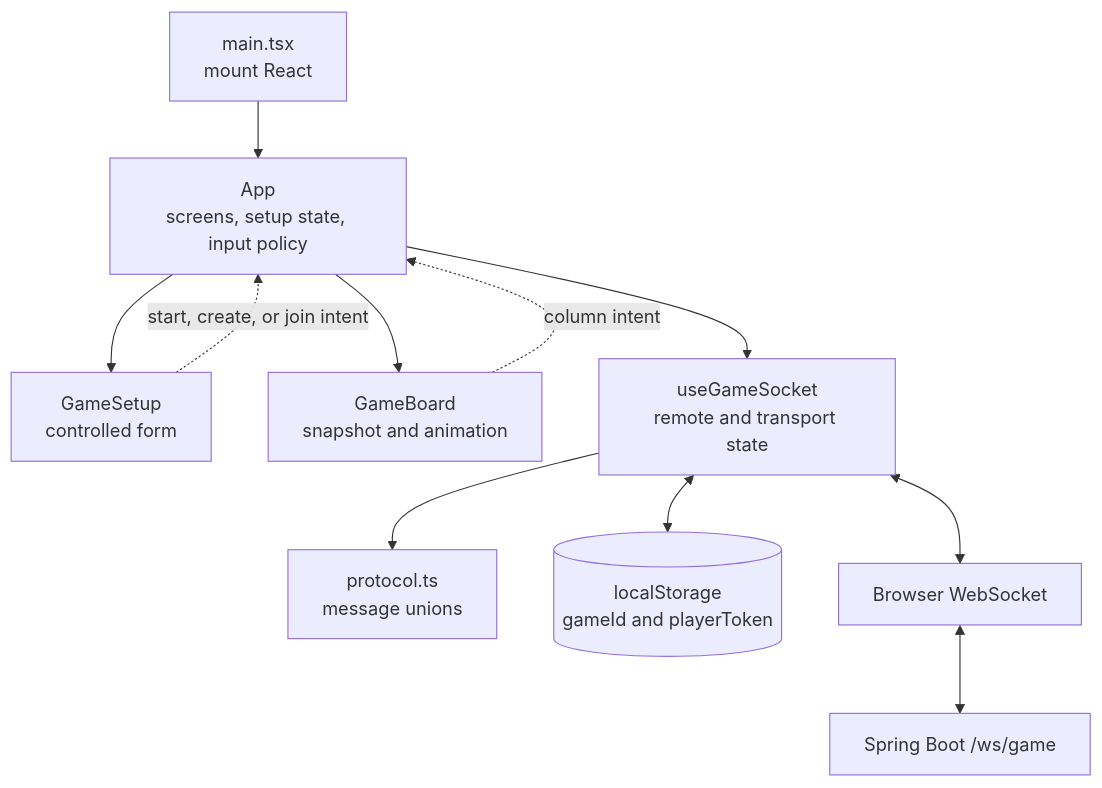
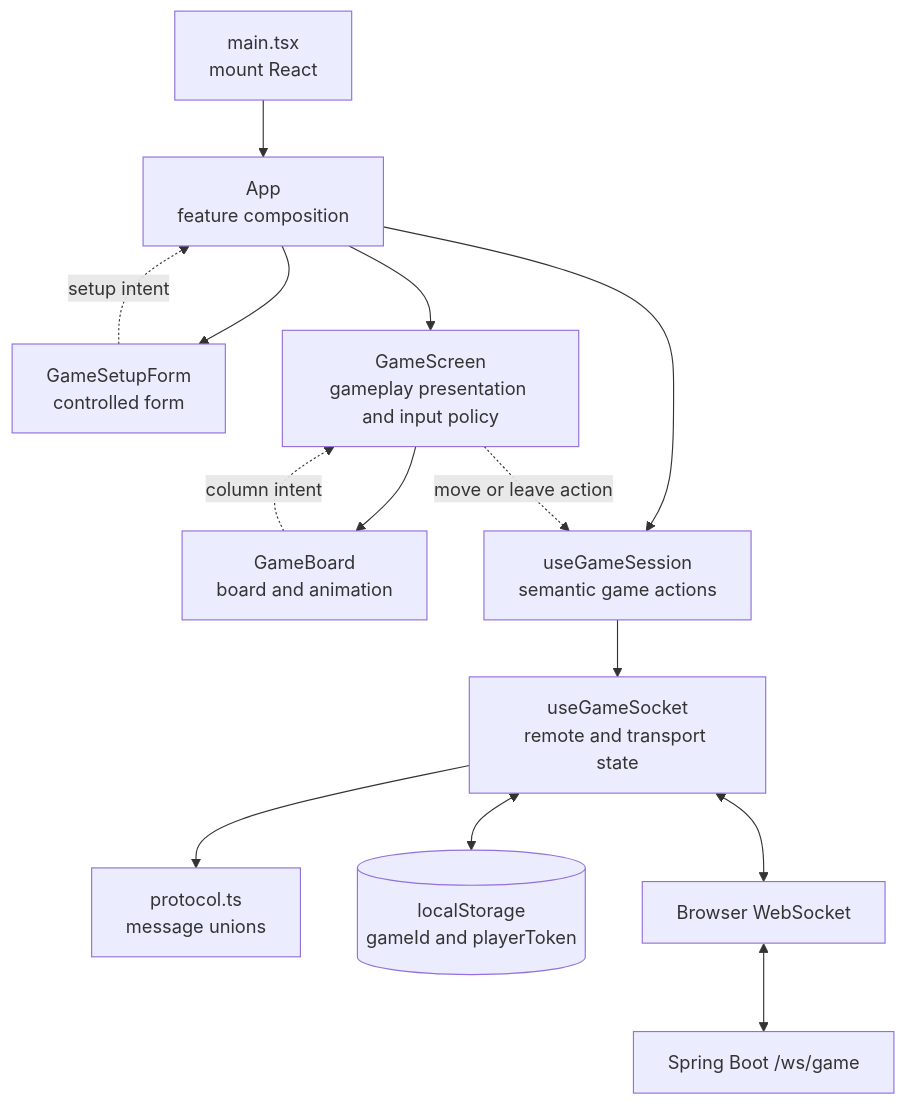
One commit to blam135/Connect-4-Game changed the first of 2 diagrams in docs/frontend-design.md. Above: the diagram before and after it, drawn with Mermaid. The commit also changed other lines of this file and 31 other files, not shown here.

````diff
--- a/docs/frontend-design.md
+++ b/docs/frontend-design.md
@@ -33,23 +39,28 @@
 ```mermaid
 flowchart TB
     Main["main.tsx<br/>mount React"]
-    App["App<br/>screens, setup state, input policy"]
-    Setup["GameSetup<br/>controlled form"]
-    Board["GameBoard<br/>snapshot and animation"]
+    App["App<br/>feature composition"]
+    Setup["GameSetupForm<br/>controlled form"]
+    Screen["GameScreen<br/>gameplay presentation and input policy"]
+    Board["GameBoard<br/>board and animation"]
+    Session["useGameSession<br/>semantic game actions"]
     Hook["useGameSocket<br/>remote and transport state"]
     Protocol["protocol.ts<br/>message unions"]
     Storage[("localStorage<br/>gameId and playerToken")]
     Socket["Browser WebSocket"]
     Server["Spring Boot /ws/game"]
 
     Main --> App
     App --> Setup
-    App --> Board
-    App --> Hook
+    App --> Screen
+    App --> Session
+    Screen --> Board
+    Session --> Hook
     Hook --> Protocol
     Hook <--> Storage
     Hook <--> Socket
     Socket <--> Server
-    Setup -.->|"start, create, or join intent"| App
-    Board -.->|"column intent"| App
+    Setup -.->|"setup intent"| App
+    Board -.->|"column intent"| Screen
+    Screen -.->|"move or leave action"| Session
 ```
````
